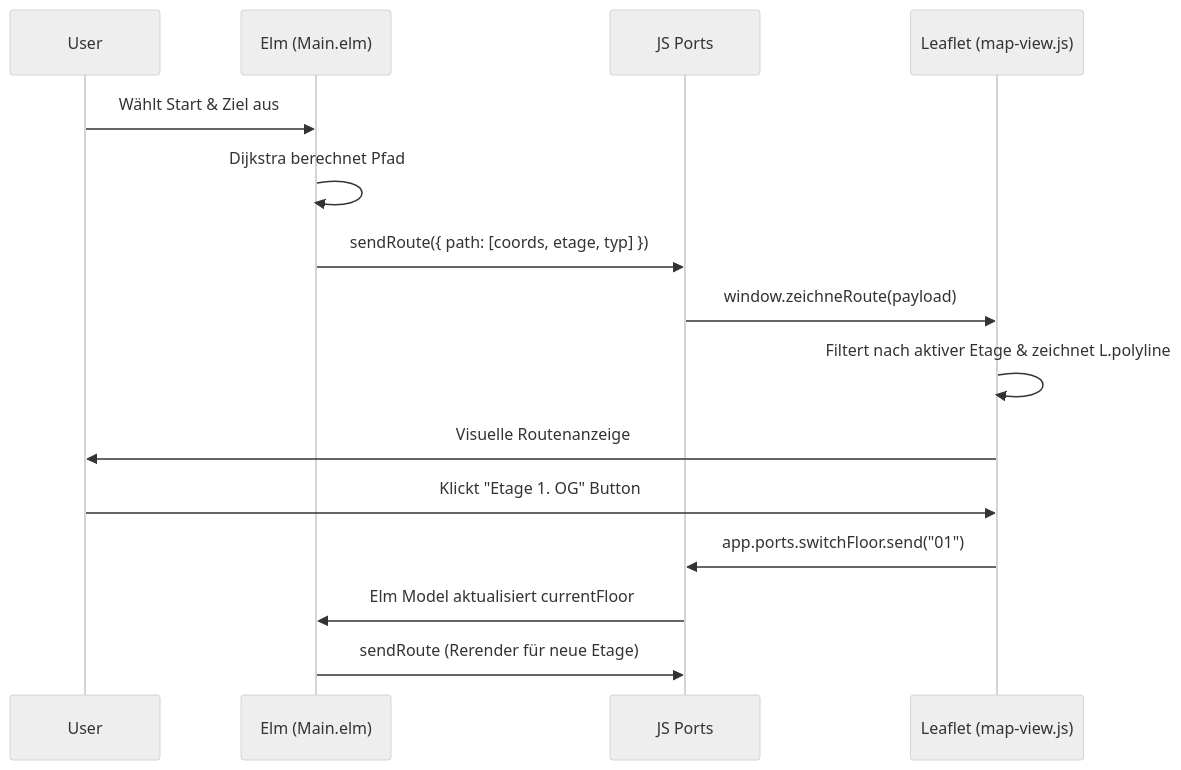
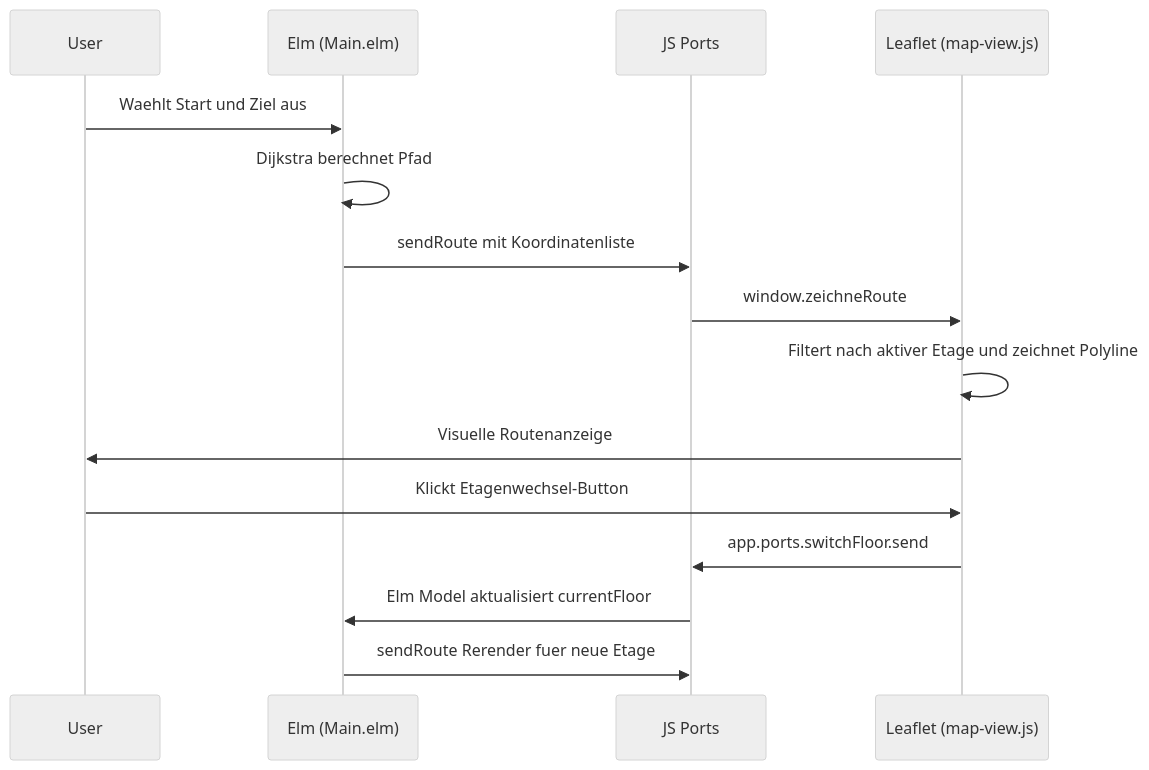
The diagram in docs/Frontend-&-Elm-Architektur.md (Der-Mehlmann/KrokenKompass), drawn with Mermaid (neutral theme) before and after one commit. The commit also changed 2 other files, not shown here.

Commit message:
docs: fix mermaid diagram syntax for github renderer

````diff
--- a/docs/Frontend-&-Elm-Architektur.md
+++ b/docs/Frontend-&-Elm-Architektur.md
@@ -52,19 +52,19 @@
 ```mermaid
 sequenceDiagram
     participant User
     participant Elm as Elm (Main.elm)
     participant Ports as JS Ports
     participant Leaflet as Leaflet (map-view.js)
 
-    User->>Elm: Wählt Start & Ziel aus
+    User->>Elm: Waehlt Start und Ziel aus
     Elm->>Elm: Dijkstra berechnet Pfad
-    Elm->>Ports: sendRoute({ path: [coords, etage, typ] })
-    Ports->>Leaflet: window.zeichneRoute(payload)
-    Leaflet->>Leaflet: Filtert nach aktiver Etage & zeichnet L.polyline
+    Elm->>Ports: sendRoute mit Koordinatenliste
+    Ports->>Leaflet: window.zeichneRoute
+    Leaflet->>Leaflet: Filtert nach aktiver Etage und zeichnet Polyline
     Leaflet->>User: Visuelle Routenanzeige
 
-    User->>Leaflet: Klickt "Etage 1. OG" Button
-    Leaflet->>Ports: app.ports.switchFloor.send("01")
+    User->>Leaflet: Klickt Etagenwechsel-Button
+    Leaflet->>Ports: app.ports.switchFloor.send
     Ports->>Elm: Elm Model aktualisiert currentFloor
-    Elm->>Ports: sendRoute (Rerender für neue Etage)
+    Elm->>Ports: sendRoute Rerender fuer neue Etage
 ```
````
